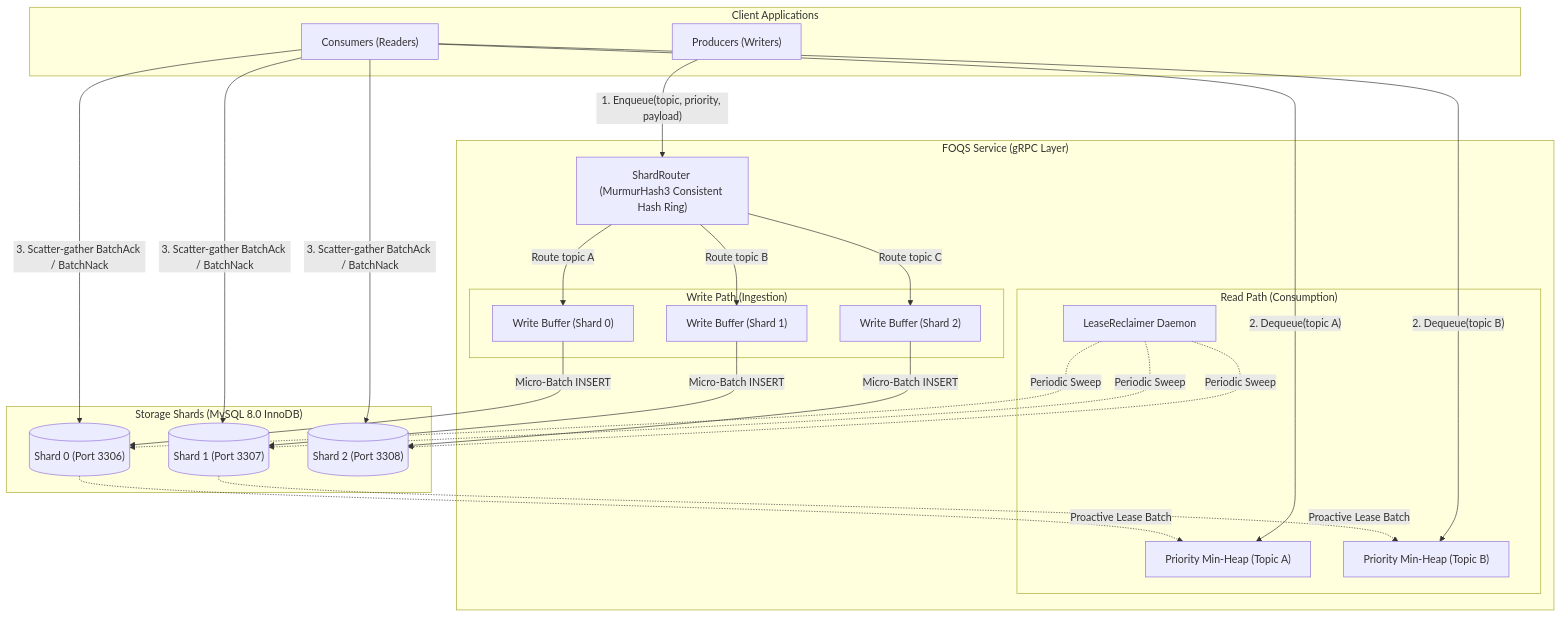
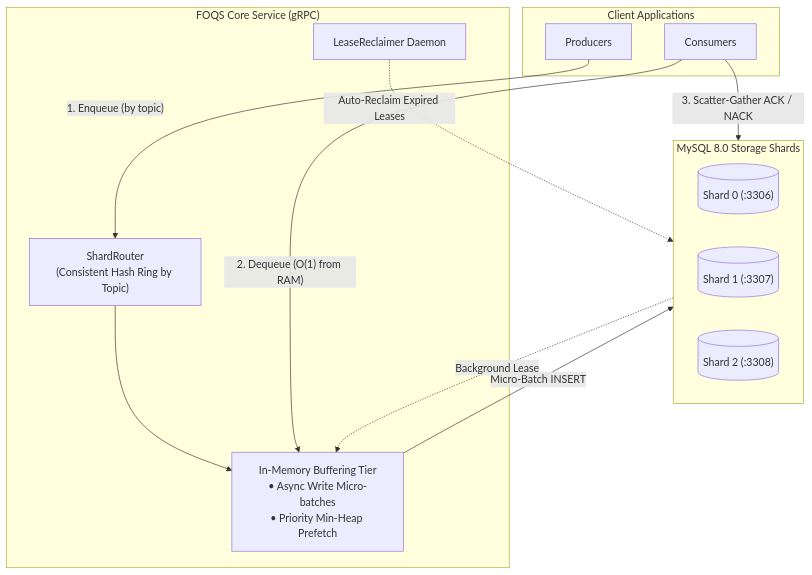
One commit to KhaiHust/FOQS changed the diagram in README.md. Above: the diagram before and after it, drawn with Mermaid. The commit also changed other lines of this file and 1 other file, not shown here.

Commit message:
docs: align index definition to (topic, status, priority, id, deliver_after) and FOR UPDATE SKIP LOCKED across all sections

````diff
--- a/README.md
+++ b/README.md
@@ -19,50 +19,28 @@
 ```mermaid
 flowchart TD
     subgraph Clients ["Client Applications"]
-        P["Producers (Writers)"]
-        C["Consumers (Readers)"]
+        P["Producers"]
+        C["Consumers"]
     end
 
-    subgraph FOQS ["FOQS Service (gRPC Layer)"]
-        SR["ShardRouter (MurmurHash3 Consistent Hash Ring)"]
-
-        subgraph Ingestion ["Write Path (Ingestion)"]
-            WB0["Write Buffer (Shard 0)"]
-            WB1["Write Buffer (Shard 1)"]
-            WB2["Write Buffer (Shard 2)"]
-        end
-
-        subgraph Consumption ["Read Path (Consumption)"]
-            MH0["Priority Min-Heap (Topic A)"]
-            MH1["Priority Min-Heap (Topic B)"]
-            LR["LeaseReclaimer Daemon"]
-        end
+    subgraph FOQS ["FOQS Core Service (gRPC)"]
+        Router["ShardRouter<br/>(Consistent Hash Ring by Topic)"]
+        Buffers["In-Memory Buffering Tier<br/>• Async Write Micro-batches<br/>• Priority Min-Heap Prefetch"]
+        Reclaimer["LeaseReclaimer Daemon"]
     end
 
-    subgraph Shards ["Storage Shards (MySQL 8.0 InnoDB)"]
-        DB0[("Shard 0 (Port 3306)")]
-        DB1[("Shard 1 (Port 3307)")]
-        DB2[("Shard 2 (Port 3308)")]
+    subgraph Storage ["MySQL 8.0 Storage Shards"]
+        S0[("Shard 0 (:3306)")]
+        S1[("Shard 1 (:3307)")]
+        S2[("Shard 2 (:3308)")]
     end
 
-    %% Enqueue Flow
-    P -->|"1. Enqueue(topic, priority, payload)"| SR
-    SR -->|"Route topic A"| WB0
-    SR -->|"Route topic B"| WB1
-    SR -->|"Route topic C"| WB2
-    WB0 -->|"Micro-Batch INSERT"| DB0
-    WB1 -->|"Micro-Batch INSERT"| DB1
-    WB2 -->|"Micro-Batch INSERT"| DB2
+    P -->|"1. Enqueue (by topic)"| Router
+    Router --> Buffers
+    Buffers -->|"Micro-Batch INSERT"| Storage
 
-    %% Dequeue Flow
-    DB0 -.->|"Proactive Lease Batch"| MH0
-    DB1 -.->|"Proactive Lease Batch"| MH1
-    C -->|"2. Dequeue(topic A)"| MH0
-    C -->|"2. Dequeue(topic B)"| MH1
-    C -->|"3. Scatter-gather BatchAck / BatchNack"| DB0
-    C -->|"3. Scatter-gather BatchAck / BatchNack"| DB1
-    C -->|"3. Scatter-gather BatchAck / BatchNack"| DB2
-    LR -.->|"Periodic Sweep"| DB0
-    LR -.->|"Periodic Sweep"| DB1
-    LR -.->|"Periodic Sweep"| DB2
+    Storage -.->|"Background Lease"| Buffers
+    C -->|"2. Dequeue (O(1) from RAM)"| Buffers
+    C -->|"3. Scatter-Gather ACK / NACK"| Storage
+    Reclaimer -.->|"Auto-Reclaim Expired Leases"| Storage
 ```
````
